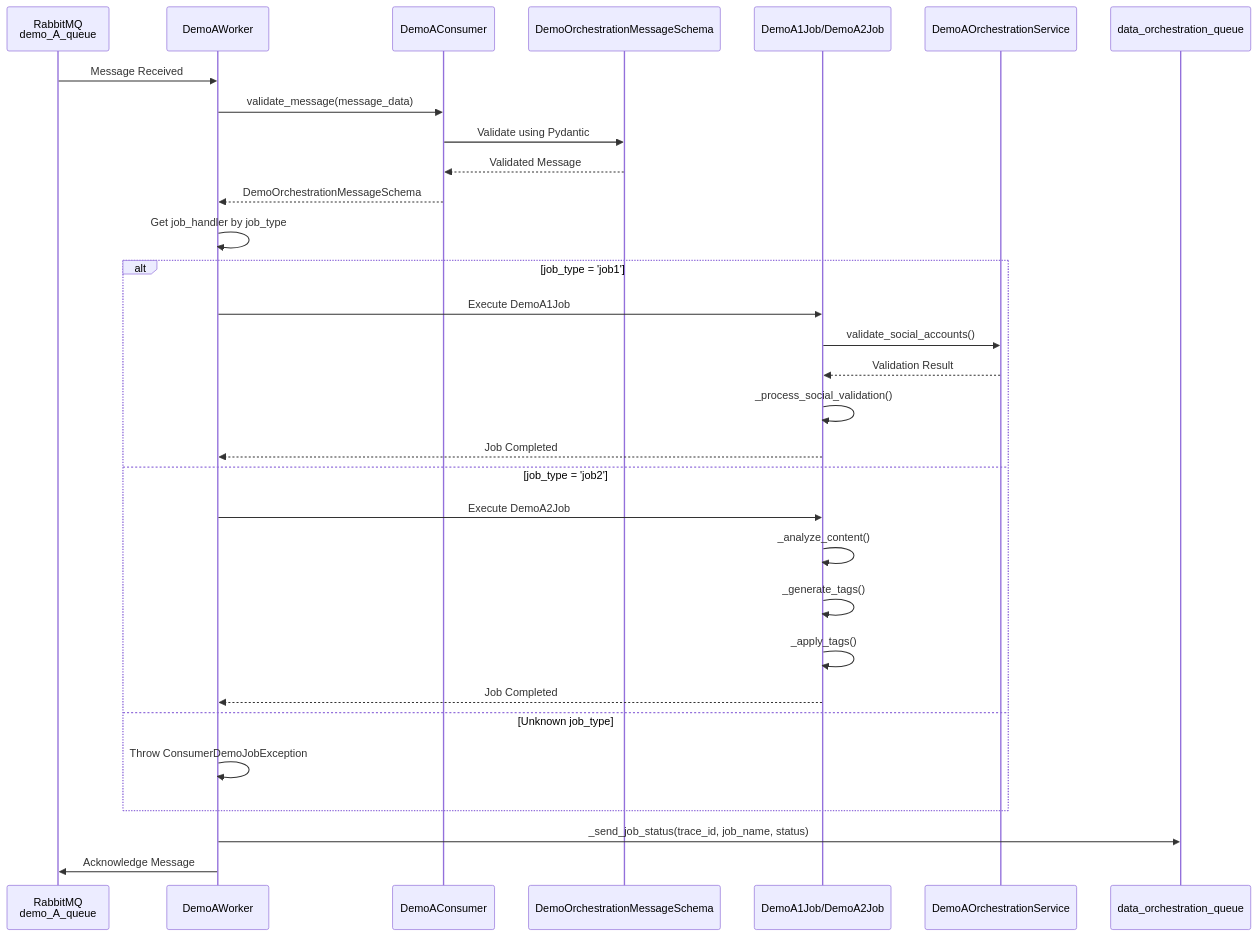
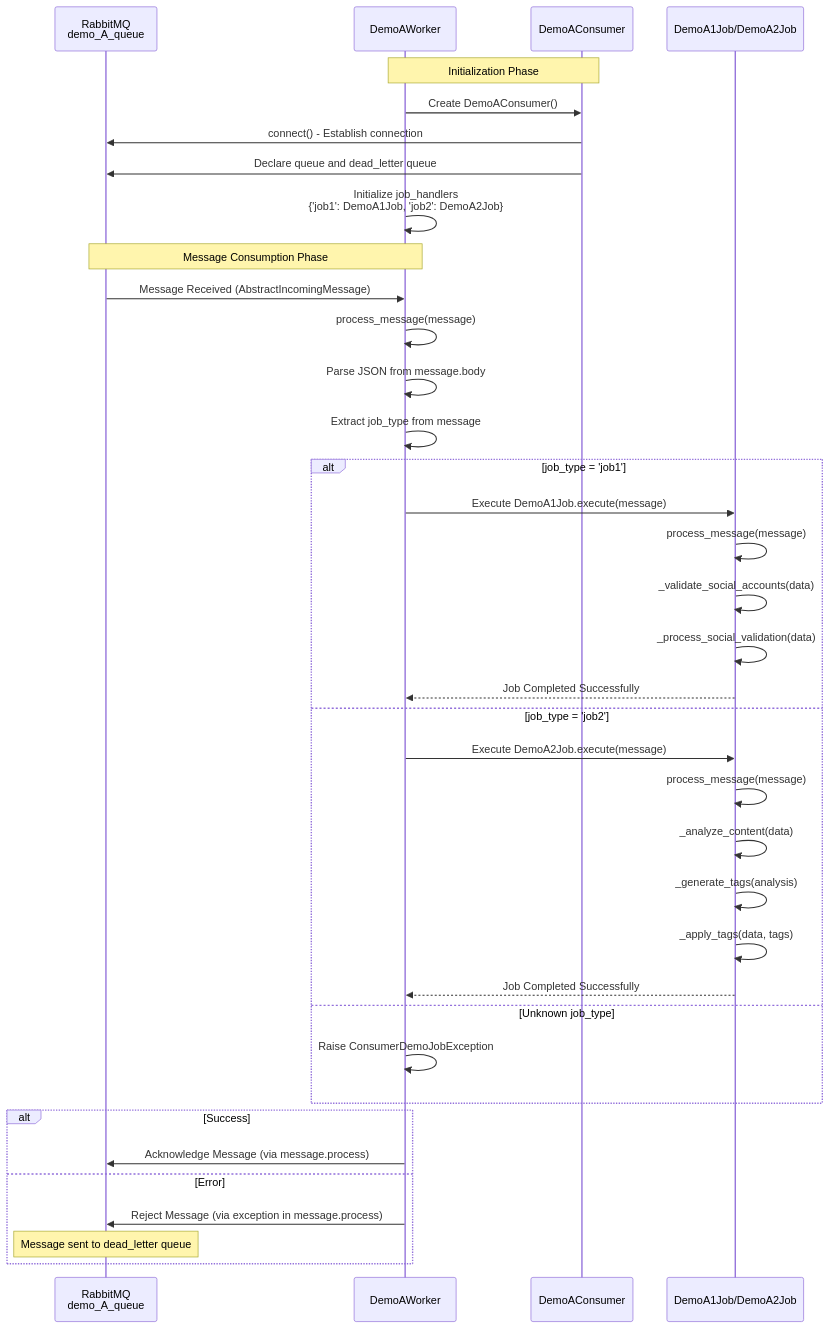
The third of 3 diagrams in demo_a_architecture.md (ai-botxbyte/browser-profile-serp-orchestration-service), drawn with Mermaid before and after one commit. The commit also changed other lines of this file, not shown here.

Commit message:
mermaid chart update

````diff
--- a/demo_a_architecture.md
+++ b/demo_a_architecture.md
@@ -172,37 +154,43 @@
 ```mermaid
 sequenceDiagram
     participant RMQ as RabbitMQ<br/>demo_A_queue
     participant Worker as DemoAWorker
     participant Consumer as DemoAConsumer
-    participant Schema as DemoOrchestrationMessageSchema
     participant Job as DemoA1Job/DemoA2Job
-    participant Service as DemoAOrchestrationService
-    participant DataQueue as data_orchestration_queue
 
-    RMQ->>Worker: Message Received
-    Worker->>Consumer: validate_message(message_data)
-    Consumer->>Schema: Validate using Pydantic
-    Schema-->>Consumer: Validated Message
-    Consumer-->>Worker: DemoOrchestrationMessageSchema
+    Note over Worker,Consumer: Initialization Phase
+    Worker->>Consumer: Create DemoAConsumer()
+    Consumer->>RMQ: connect() - Establish connection
+    Consumer->>RMQ: Declare queue and dead_letter queue
+    Worker->>Worker: Initialize job_handlers<br/>{'job1': DemoA1Job, 'job2': DemoA2Job}
     
-    Worker->>Worker: Get job_handler by job_type
+    Note over Worker,RMQ: Message Consumption Phase
+    RMQ->>Worker: Message Received (AbstractIncomingMessage)
+    Worker->>Worker: process_message(message)
+    Worker->>Worker: Parse JSON from message.body
+    Worker->>Worker: Extract job_type from message
     
     alt job_type = 'job1'
-        Worker->>Job: Execute DemoA1Job
-        Job->>Service: validate_social_accounts()
-        Service-->>Job: Validation Result
-        Job->>Job: _process_social_validation()
-        Job-->>Worker: Job Completed
+        Worker->>Job: Execute DemoA1Job.execute(message)
+        Job->>Job: process_message(message)
+        Job->>Job: _validate_social_accounts(data)
+        Job->>Job: _process_social_validation(data)
+        Job-->>Worker: Job Completed Successfully
     else job_type = 'job2'
-        Worker->>Job: Execute DemoA2Job
-        Job->>Job: _analyze_content()
-        Job->>Job: _generate_tags()
-        Job->>Job: _apply_tags()
-        Job-->>Worker: Job Completed
+        Worker->>Job: Execute DemoA2Job.execute(message)
+        Job->>Job: process_message(message)
+        Job->>Job: _analyze_content(data)
+        Job->>Job: _generate_tags(analysis)
+        Job->>Job: _apply_tags(data, tags)
+        Job-->>Worker: Job Completed Successfully
     else Unknown job_type
-        Worker->>Worker: Throw ConsumerDemoJobException
+        Worker->>Worker: Raise ConsumerDemoJobException
     end
     
-    Worker->>DataQueue: _send_job_status(trace_id, job_name, status)
-    Worker->>RMQ: Acknowledge Message
+    alt Success
+        Worker->>RMQ: Acknowledge Message (via message.process)
+    else Error
+        Worker->>RMQ: Reject Message (via exception in message.process)
+        Note over RMQ: Message sent to dead_letter queue
+    end
 ```
````
